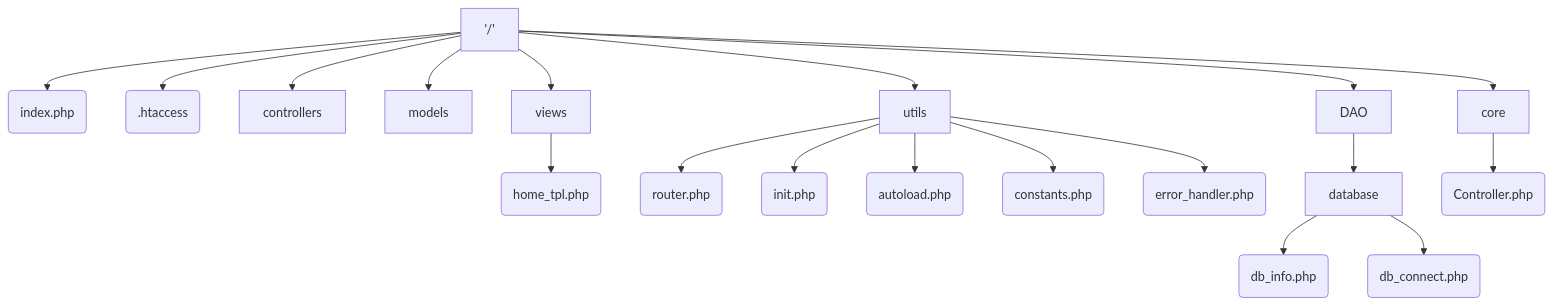
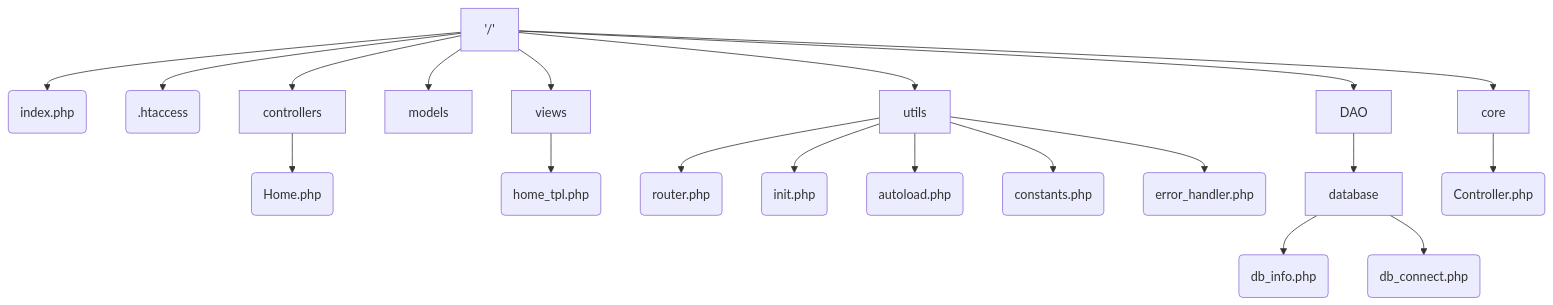
The diagram in README.md (MogwaiRGod/Societe_ferroviaire), drawn with Mermaid before and after one commit.

````diff
--- a/README.md
+++ b/README.md
@@ -3,27 +3,29 @@
 ```mermaid
 graph TD;
   0['/'];
     0-->A(index.php);
     0-->B(.htaccess);
     
     0-->C[controllers];
     0-->D[models];
     0-->E[views];
     0-->F[utils];
     0-->G[DAO];
     0-->N[core];
 
+    C-->S(Home.php)
+    
     E-->O(home_tpl.php)
 
     F-->H(router.php);
     F-->I(init.php);
     F-->J(autoload.php);
     F-->Q(constants.php);
     F-->R(error_handler.php);
   
     G-->K[database];
       K-->L(db_info.php);
       K-->M(db_connect.php);
 
     N-->P(Controller.php)
 ```
````
